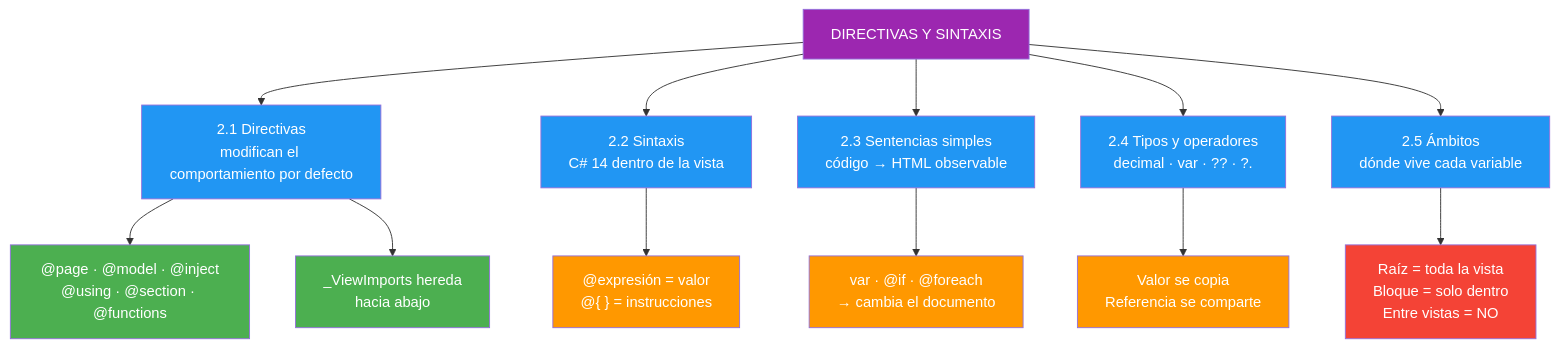
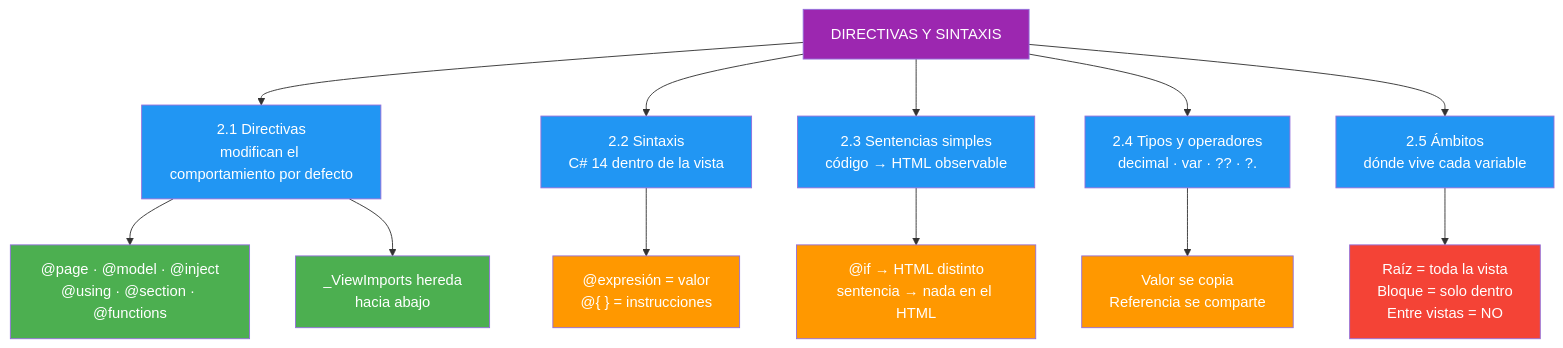
One commit to joseluisgs/DesarrolloWebEntornosServidor-03-2026-2027 changed the seventh of 7 diagrams in 02-directivas-sintaxis.md. Above: the diagram before and after it, drawn with Mermaid. The commit also changed other lines of this file, not shown here.

````diff
--- a/02-directivas-sintaxis.md
+++ b/02-directivas-sintaxis.md
@@ -640,30 +690,30 @@
 ```mermaid
 graph TD
     A["DIRECTIVAS Y SINTAXIS"] --> B["2.1 Directivas<br/>modifican el comportamiento por defecto"]
     A --> C["2.2 Sintaxis<br/>C# 14 dentro de la vista"]
     A --> D["2.3 Sentencias simples<br/>código → HTML observable"]
     A --> E["2.4 Tipos y operadores<br/>decimal · var · ?? · ?."]
     A --> F["2.5 Ámbitos<br/>dónde vive cada variable"]
 
     B --> B1["@page · @model · @inject<br/>@using · @section · @functions"]
     B --> B2["_ViewImports hereda<br/>hacia abajo"]
 
     C --> C1["@expresión = valor<br/>@{ } = instrucciones"]
-    D --> D1["var · @if · @foreach<br/>→ cambia el documento"]
+    D --> D1["@if → HTML distinto<br/>sentencia → nada en el HTML"]
 
     E --> E1["Valor se copia<br/>Referencia se comparte"]
     F --> F1["Raíz = toda la vista<br/>Bloque = solo dentro<br/>Entre vistas = NO"]
 
     style A fill:#9C27B0,color:#fff
     style B fill:#2196F3,color:#fff
     style C fill:#2196F3,color:#fff
     style D fill:#2196F3,color:#fff
     style E fill:#2196F3,color:#fff
     style F fill:#2196F3,color:#fff
     style B1 fill:#4CAF50,color:#fff
     style B2 fill:#4CAF50,color:#fff
     style C1 fill:#FF9800,color:#fff
     style D1 fill:#FF9800,color:#fff
     style E1 fill:#FF9800,color:#fff
     style F1 fill:#f44336,color:#fff
 ```
````
